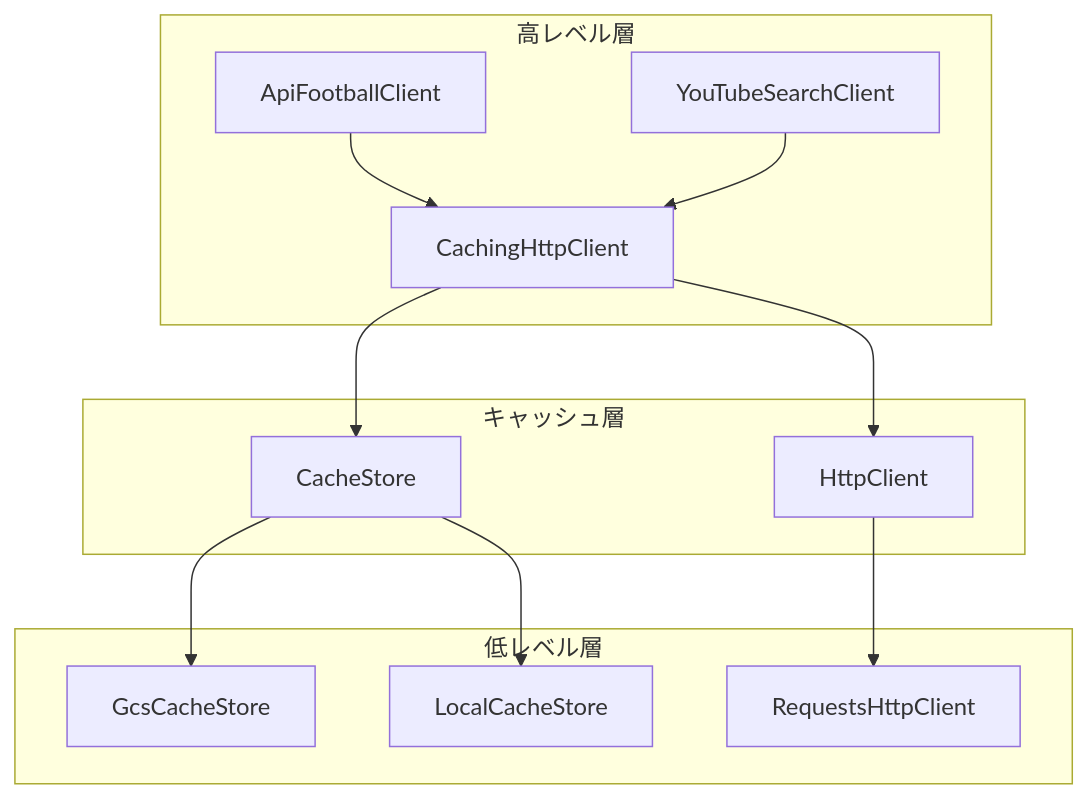
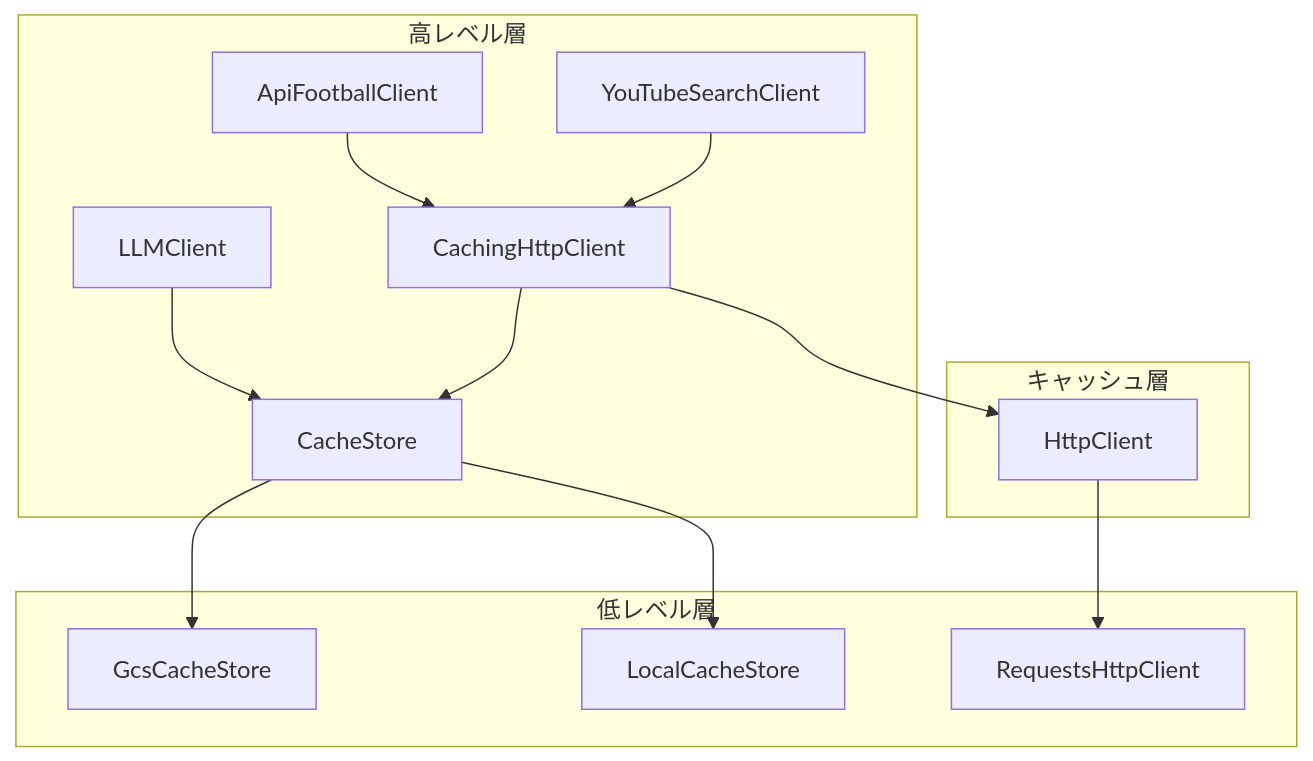
One commit to igrekplus/football-delay-watching changed the first of 2 diagrams in docs/03_components/cache.md. Above: the diagram before and after it, drawn with Mermaid. The commit also changed other lines of this file and 3 other files, not shown here.

````diff
--- a/docs/03_components/cache.md
+++ b/docs/03_components/cache.md
@@ -29,18 +30,19 @@
 ```mermaid
 graph TD
     subgraph "高レベル層"
         A[ApiFootballClient] --> B[CachingHttpClient]
         Y[YouTubeSearchClient] --> B
+        L[LLMClient] --> C[CacheStore]
     end
     
     subgraph "キャッシュ層"
         B --> C[CacheStore]
         B --> D[HttpClient]
     end
     
     subgraph "低レベル層"
         C --> E[GcsCacheStore]
         C --> F[LocalCacheStore]
         D --> H[RequestsHttpClient]
     end
 ```
````
